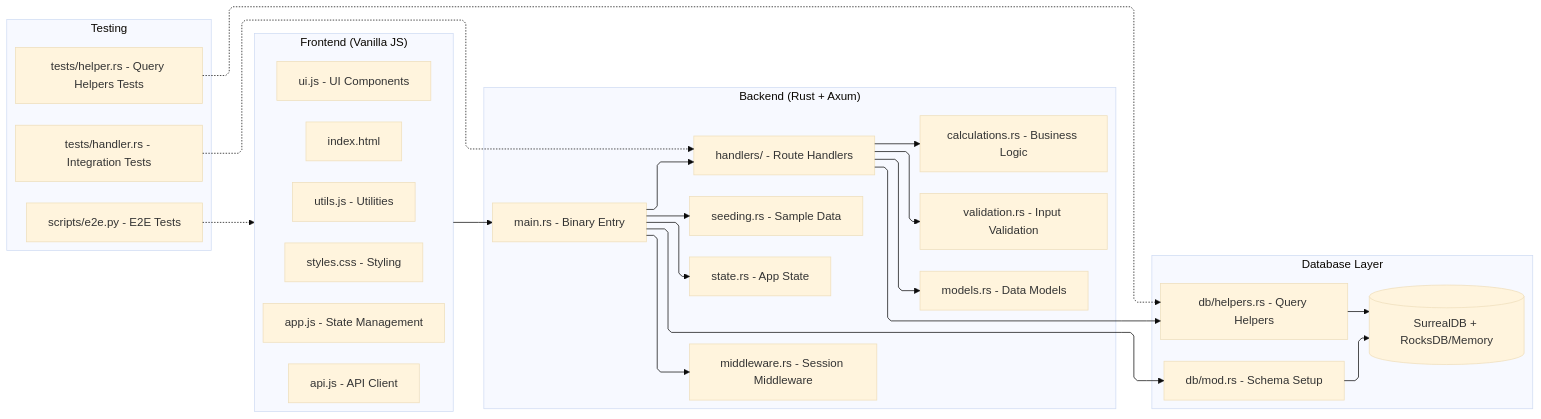
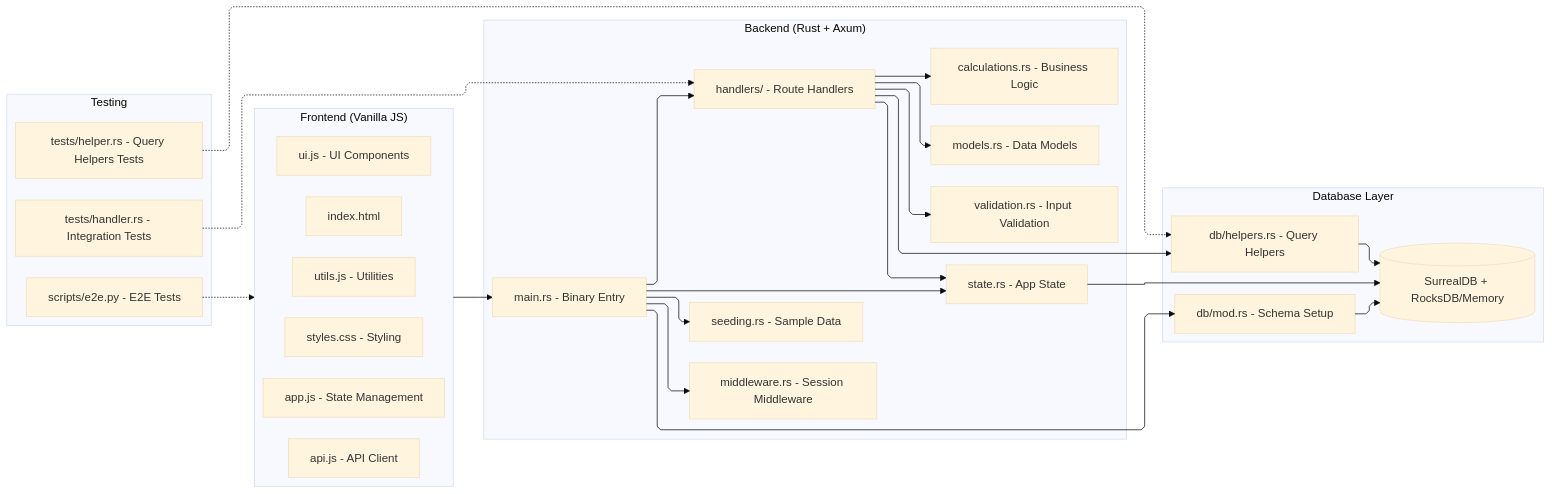
Before and after one commit to dylan-park/LastMile: the diagram in README.md, drawn with Mermaid (base theme). The commit also changed 7 other files, not shown here.

````diff
--- a/README.md
+++ b/README.md
@@ -164,74 +164,76 @@
 ```mermaid
 %%{init: {
   "flowchart": {
     "defaultRenderer": "elk",
     "curve": "linear",
     "nodeSpacing": 80,
     "rankSpacing": 100
   }
 }}%%
 
 flowchart LR
 
 %% ---------------- FRONTEND ----------------
 subgraph Frontend["Frontend (Vanilla JS)"]
   direction TB
   HTML[index.html]
   CSS[styles.css - Styling]
   UI[ui.js - UI Components]
   APP[app.js - State Management]
   API_CLIENT[api.js - API Client]
   UTILS[utils.js - Utilities]
 end
 
 %% ---------------- BACKEND ----------------
 subgraph Backend["Backend (Rust + Axum)"]
   direction TB
   MAIN[main.rs - Binary Entry]
   MIDDLEWARE[middleware.rs - Session Middleware]
   STATE[state.rs - App State]
   SEEDING[seeding.rs - Sample Data]
   HANDLERS[handlers/ - Route Handlers]
   MODELS[models.rs - Data Models]
   VALIDATION[validation.rs - Input Validation]
   CALCULATIONS[calculations.rs - Business Logic]
 end
 
 %% ---------------- DATABASE ----------------
 subgraph Database["Database Layer"]
   direction TB
   DB_SETUP[db/mod.rs - Schema Setup]
   DB_HELPERS[db/helpers.rs - Query Helpers]
   SURREALDB[(SurrealDB + RocksDB/Memory)]
 end
 
 %% ---------------- TESTING ----------------
 subgraph Testing["Testing"]
   direction TB
   INTEGRATION[tests/handler.rs - Integration Tests]
   TEST_HELPER[tests/helper.rs - Query Helpers Tests]
   E2E[scripts/e2e.py - E2E Tests]
 end
 
 %% ---------------- FLOW ----------------
 
 Frontend --> MAIN
 
 MAIN --> MIDDLEWARE
 MAIN --> STATE
 MAIN --> SEEDING
 MAIN --> HANDLERS
 MAIN --> DB_SETUP
 
+HANDLERS --> STATE
 HANDLERS --> MODELS
 HANDLERS --> VALIDATION
 HANDLERS --> CALCULATIONS
 HANDLERS --> DB_HELPERS
 
 DB_HELPERS --> SURREALDB
 DB_SETUP --> SURREALDB
+STATE --> SURREALDB
 
 E2E -.-> Frontend
 INTEGRATION -.-> HANDLERS
 TEST_HELPER -.-> DB_HELPERS
 ```
````
